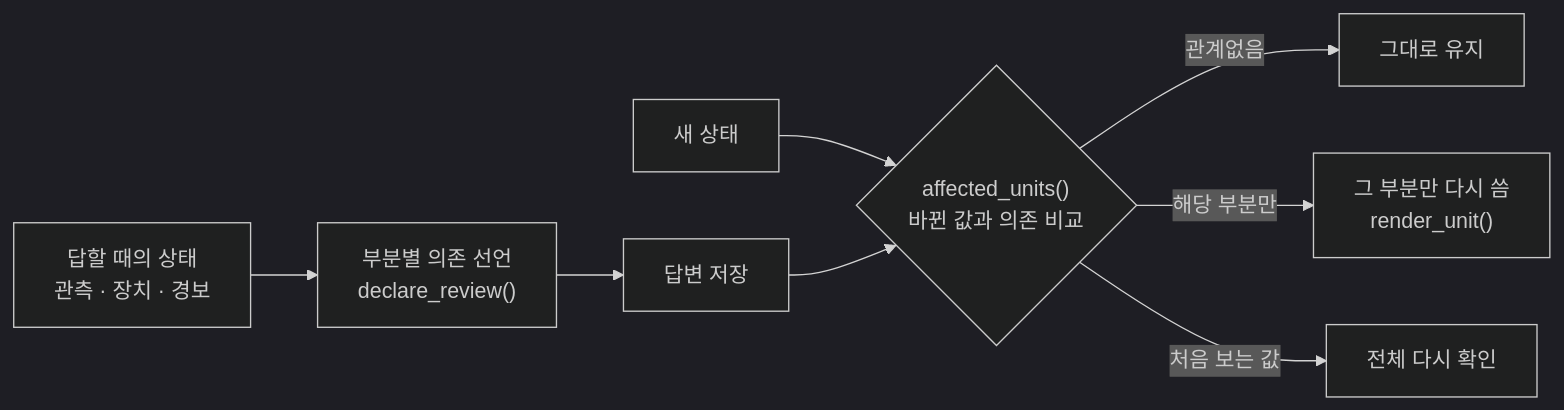
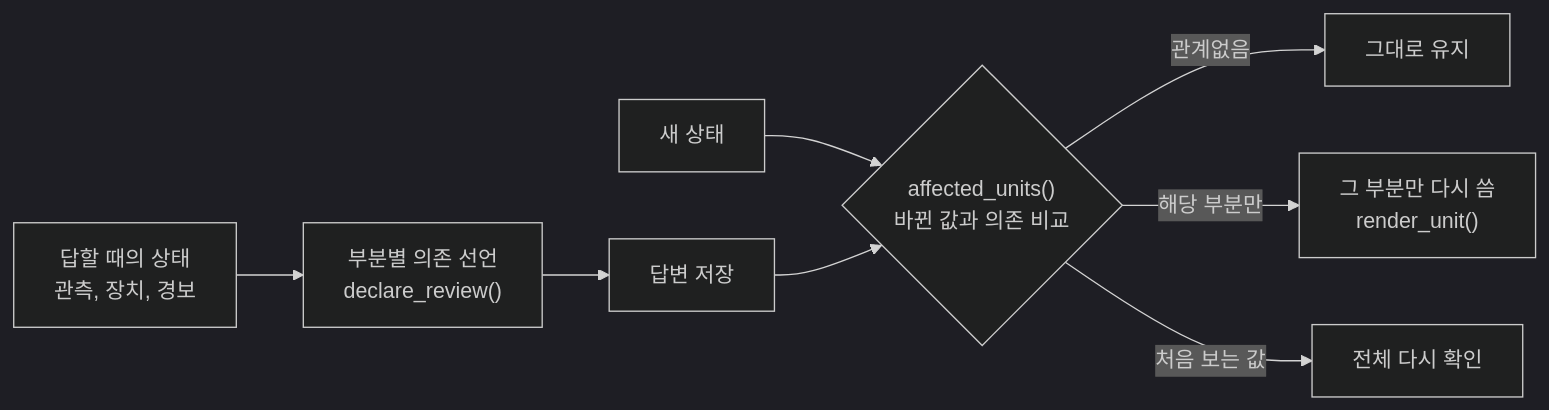
The fifth of 5 diagrams in README.md (NAMUORI00/smartfarm-adaptive-rag), drawn with Mermaid (dark theme) before and after one commit. The commit also changed other lines of this file, not shown here.

````diff
--- a/README.md
+++ b/README.md
@@ -240,10 +240,10 @@
 ```mermaid
 flowchart LR
-    S0["답할 때의 상태<br/>관측 · 장치 · 경보"] --> D["부분별 의존 선언<br/>declare_review()"]
+    S0["답할 때의 상태<br/>관측, 장치, 경보"] --> D["부분별 의존 선언<br/>declare_review()"]
     D --> A["답변 저장"]
     S1["새 상태"] --> C{"affected_units()<br/>바뀐 값과 의존 비교"}
     A --> C
     C -->|"관계없음"| K["그대로 유지"]
     C -->|"해당 부분만"| R["그 부분만 다시 씀<br/>render_unit()"]
     C -->|"처음 보는 값"| F["전체 다시 확인"]
 ```
````
